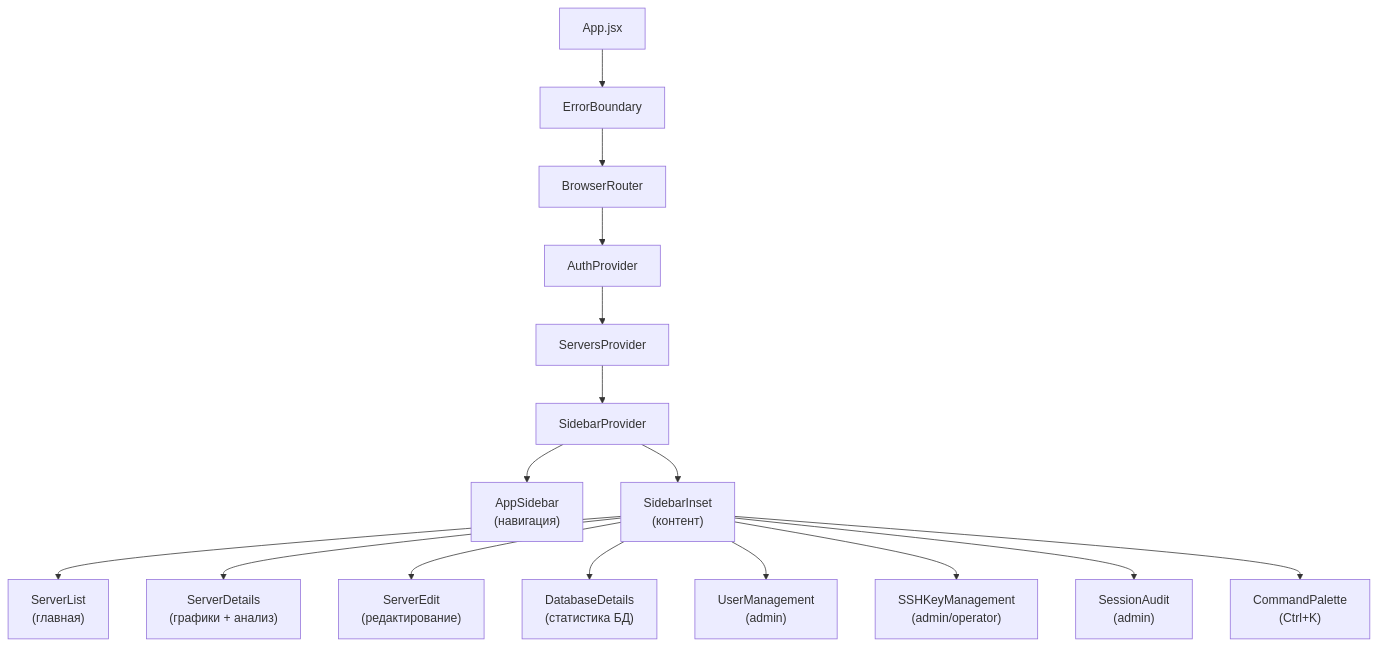
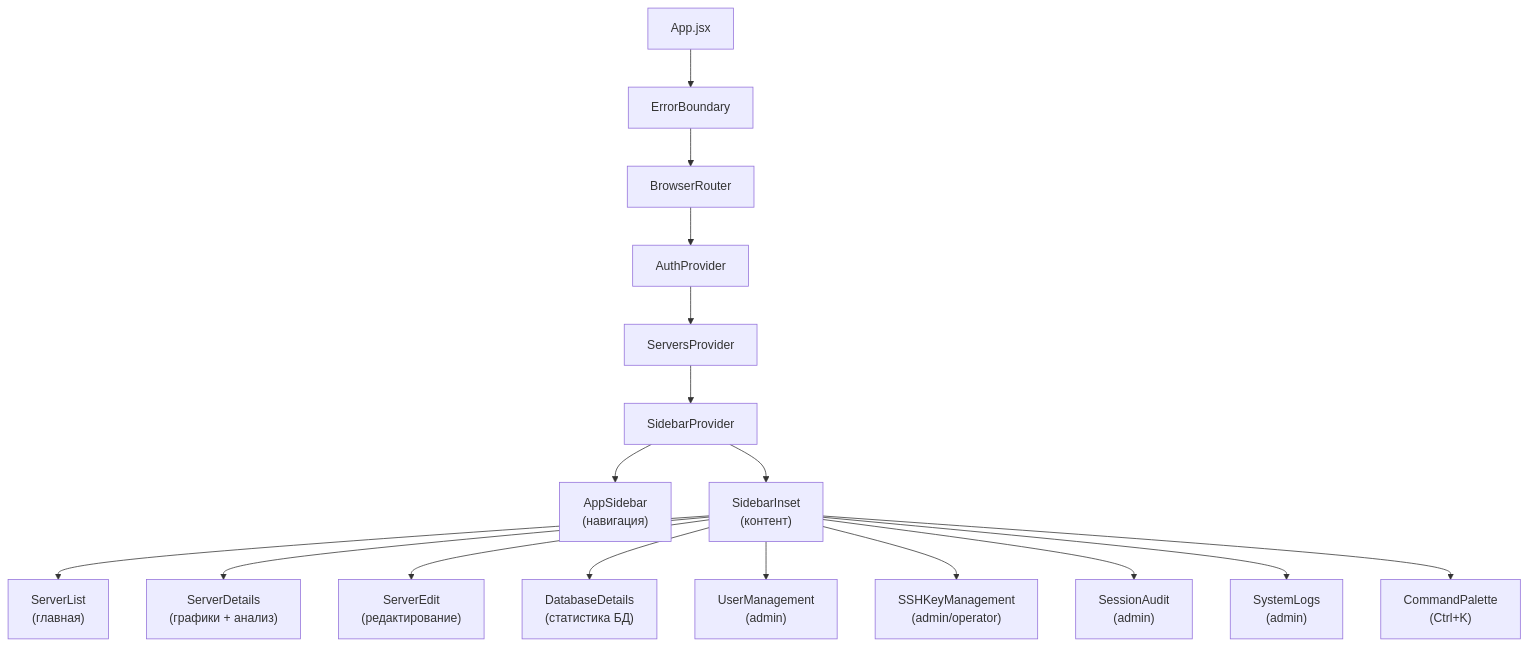
Before and after one commit to wobujidao/PostgreSQL-Activity-Monitor: the first of 2 diagrams in frontend/README.md, drawn with Mermaid. The commit also changed other lines of this file and 2 other files, not shown here.

````diff
--- a/frontend/README.md
+++ b/frontend/README.md
@@ -23,28 +23,29 @@
 ```mermaid
 graph TD
     App["App.jsx"]
     EB["ErrorBoundary"]
     Router["BrowserRouter"]
     AuthProv["AuthProvider"]
     ServersProv["ServersProvider"]
     Sidebar["SidebarProvider"]
 
     App --> EB
     EB --> Router
     Router --> AuthProv
     AuthProv --> ServersProv
     ServersProv --> Sidebar
 
     Sidebar --> AppSidebar["AppSidebar<br/>(навигация)"]
     Sidebar --> Content["SidebarInset<br/>(контент)"]
 
     Content --> SL["ServerList<br/>(главная)"]
     Content --> SD["ServerDetails<br/>(графики + анализ)"]
     Content --> SE["ServerEdit<br/>(редактирование)"]
     Content --> DD["DatabaseDetails<br/>(статистика БД)"]
     Content --> UM["UserManagement<br/>(admin)"]
     Content --> SK["SSHKeyManagement<br/>(admin/operator)"]
     Content --> SA["SessionAudit<br/>(admin)"]
+    Content --> SLogs["SystemLogs<br/>(admin)"]
 
     Content --> CMD["CommandPalette<br/>(Ctrl+K)"]
 ```
````
